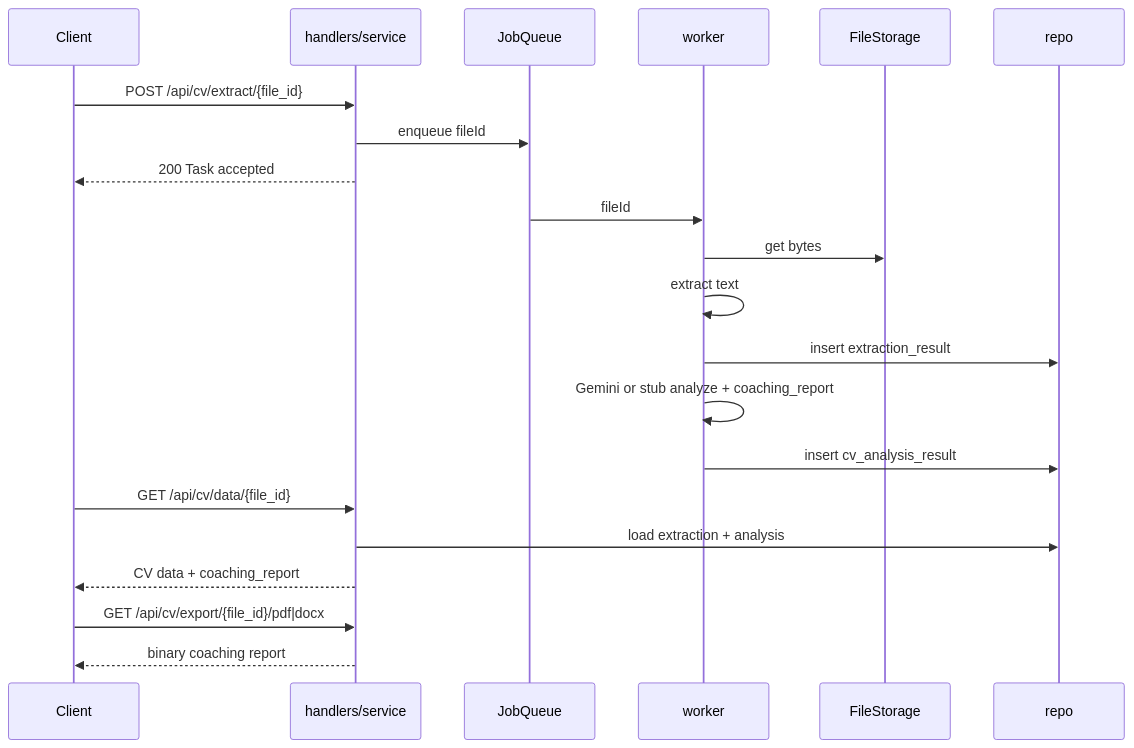
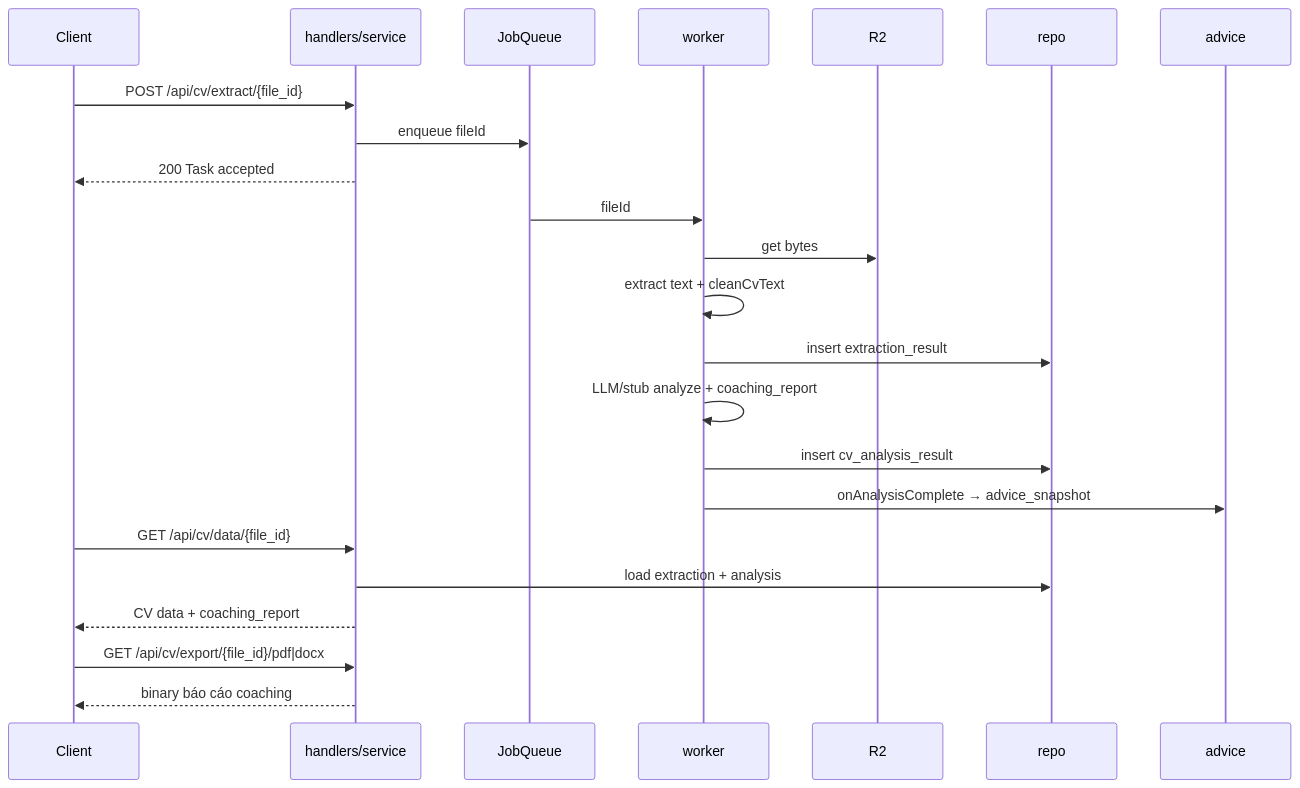
Before and after one commit to nguyentantai21042004/co3065-advanced-software-engineering: the third of 3 diagrams in documents/architecture/logical.md, drawn with Mermaid. The commit also changed other lines of this file and 7 other files, not shown here.

First line of the commit message:
docs: Vietnamese presentation guides and architecture refresh

````diff
--- a/documents/architecture/logical.md
+++ b/documents/architecture/logical.md
@@ -110,24 +139,26 @@
 ```mermaid
 sequenceDiagram
   participant Client
   participant API as handlers/service
   participant Q as JobQueue
   participant W as worker
-  participant FS as FileStorage
+  participant FS as R2
   participant DB as repo
+  participant Adv as advice
 
   Client->>API: POST /api/cv/extract/{file_id}
   API->>Q: enqueue fileId
   API-->>Client: 200 Task accepted
   Q->>W: fileId
   W->>FS: get bytes
-  W->>W: extract text
+  W->>W: extract text + cleanCvText
   W->>DB: insert extraction_result
-  W->>W: Gemini or stub analyze + coaching_report
+  W->>W: LLM/stub analyze + coaching_report
   W->>DB: insert cv_analysis_result
+  W->>Adv: onAnalysisComplete → advice_snapshot
   Client->>API: GET /api/cv/data/{file_id}
   API->>DB: load extraction + analysis
   API-->>Client: CV data + coaching_report
   Client->>API: GET /api/cv/export/{file_id}/pdf|docx
-  API-->>Client: binary coaching report
+  API-->>Client: binary báo cáo coaching
 ```
````
